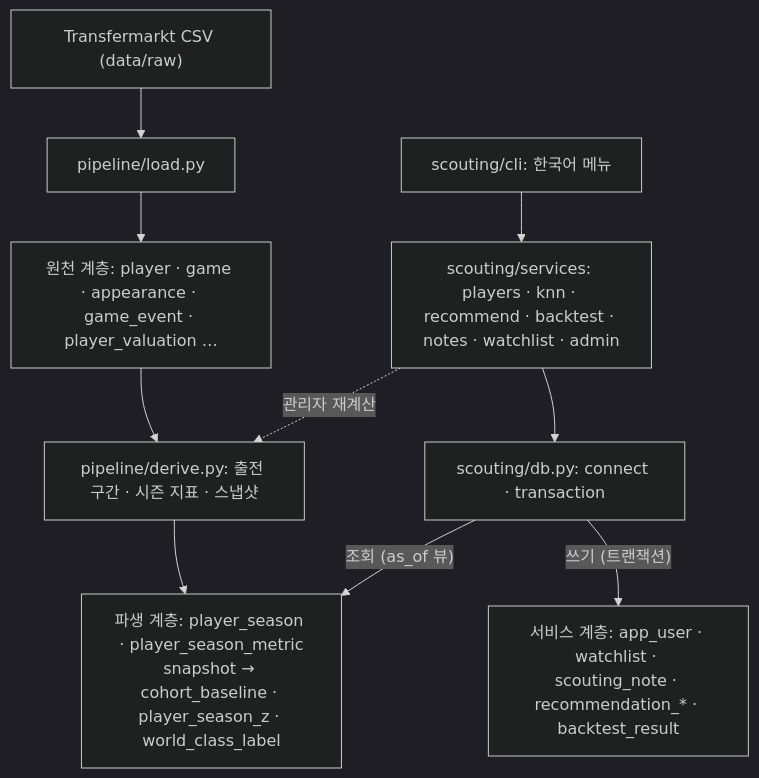
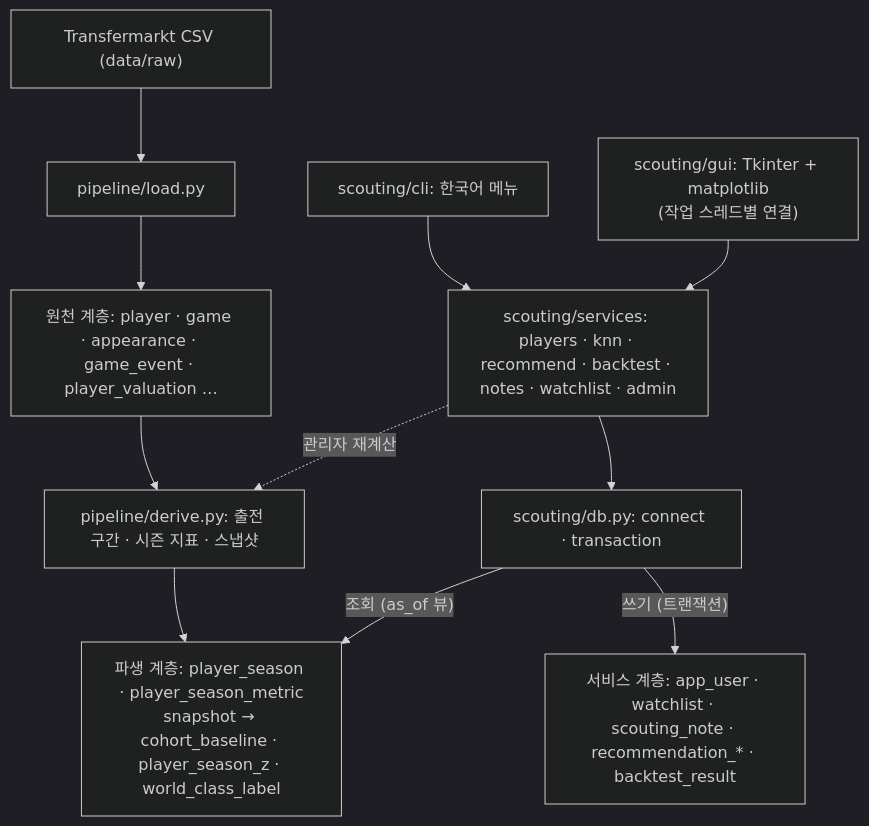
One commit to wobeen/DB_TermProject changed the diagram in README.md. Above: the diagram before and after it, drawn with Mermaid (dark theme). The commit also changed other lines of this file, not shown here.

Commit message:
Document GUI usage in README

````diff
--- a/README.md
+++ b/README.md
@@ -95,12 +121,13 @@
 ```mermaid
 flowchart TB
   TM["Transfermarkt CSV (data/raw)"] --> LOAD["pipeline/load.py"]
   LOAD --> CORE["원천 계층: player · game · appearance · game_event · player_valuation …"]
   CORE --> DERIVE["pipeline/derive.py: 출전 구간 · 시즌 지표 · 스냅샷"]
   DERIVE --> DER["파생 계층: player_season · player_season_metric<br/>snapshot → cohort_baseline · player_season_z · world_class_label"]
   CLI["scouting/cli: 한국어 메뉴"] --> SVC["scouting/services: players · knn · recommend · backtest · notes · watchlist · admin"]
+  GUI["scouting/gui: Tkinter + matplotlib<br/>(작업 스레드별 연결)"] --> SVC
   SVC --> CONN["scouting/db.py: connect · transaction"]
   CONN -->|"조회 (as_of 뷰)"| DER
   CONN -->|"쓰기 (트랜잭션)"| APP["서비스 계층: app_user · watchlist · scouting_note · recommendation_* · backtest_result"]
   SVC -.->|"관리자 재계산"| DERIVE
 ```
````
